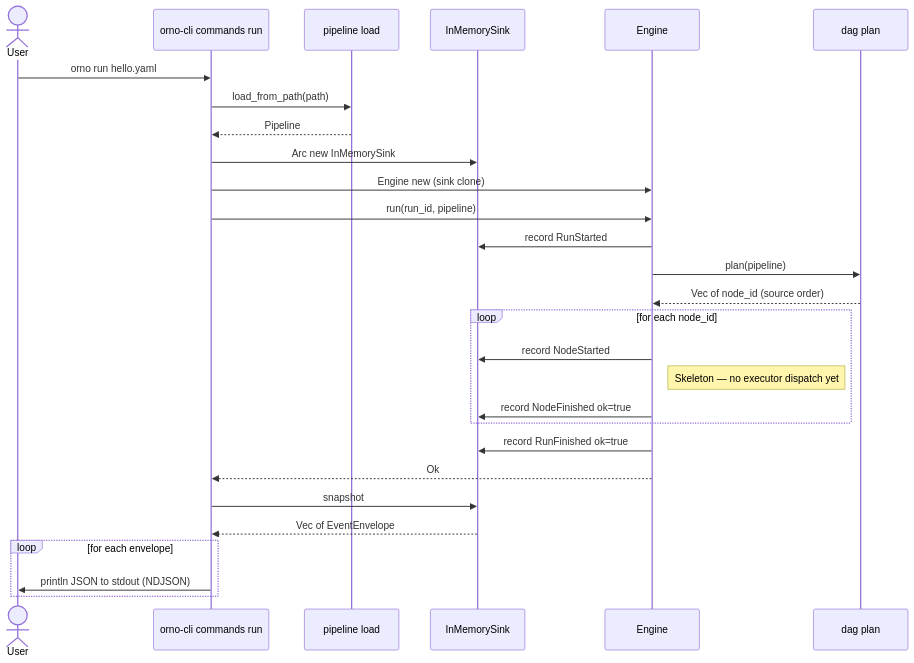
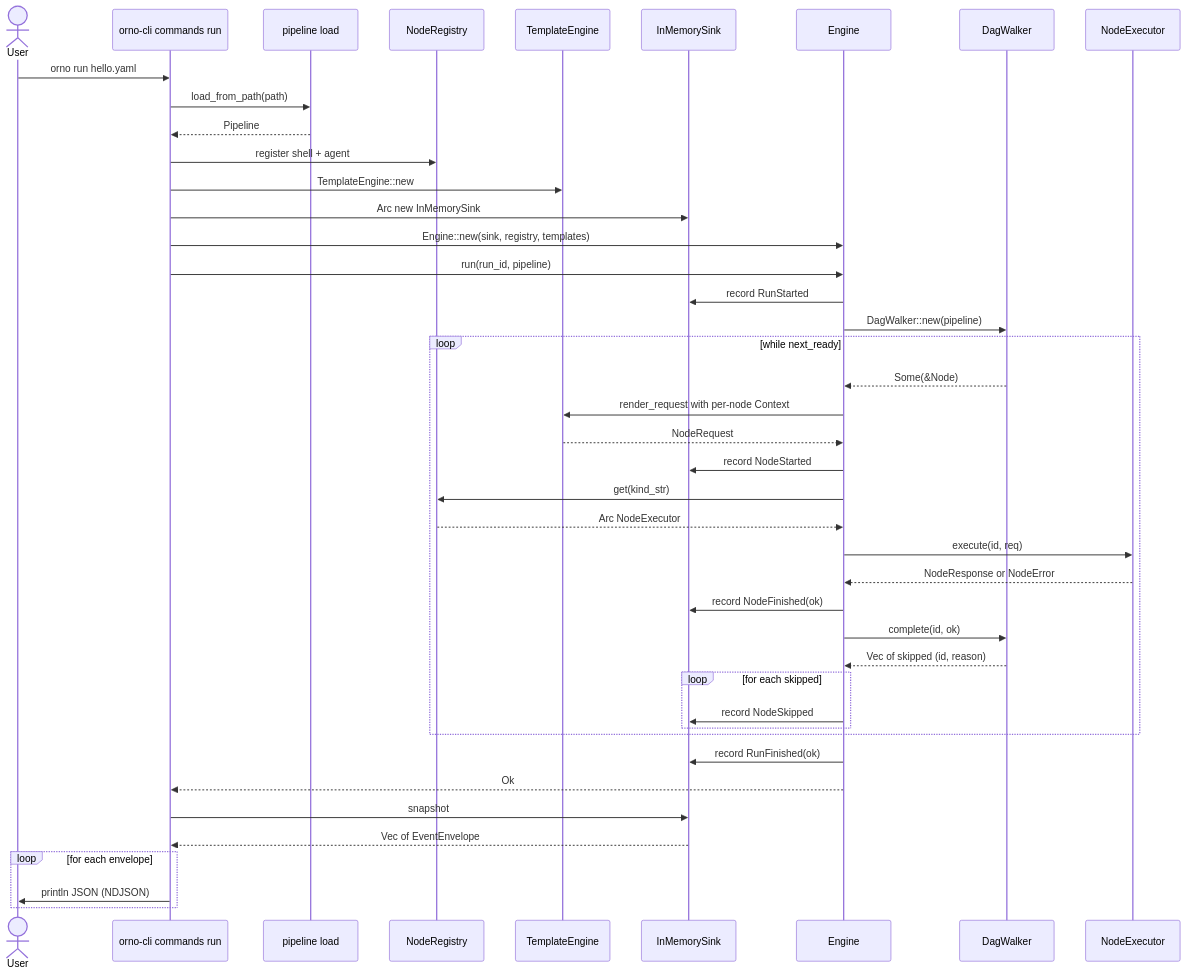
The fifth of 11 diagrams in docs/flows.md (DoctorMozg/orno), drawn with Mermaid before and after one commit. The commit also changed other lines of this file and 34 other files, not shown here.

Commit message:
Basic tempaltes and graph

````diff
--- a/docs/flows.md
+++ b/docs/flows.md
@@ -173,31 +184,46 @@
 ```mermaid
 sequenceDiagram
     actor User
     participant CLI as orno-cli commands run
     participant Load as pipeline load
+    participant Reg as NodeRegistry
+    participant Tpl as TemplateEngine
     participant Sink as InMemorySink
     participant Eng as Engine
-    participant Plan as dag plan
+    participant Walker as DagWalker
+    participant Exec as NodeExecutor
 
     User->>CLI: orno run hello.yaml
     CLI->>Load: load_from_path(path)
     Load-->>CLI: Pipeline
+    CLI->>Reg: register shell + agent
+    CLI->>Tpl: TemplateEngine::new
     CLI->>Sink: Arc new InMemorySink
-    CLI->>Eng: Engine new (sink clone)
+    CLI->>Eng: Engine::new(sink, registry, templates)
     CLI->>Eng: run(run_id, pipeline)
     Eng->>Sink: record RunStarted
-    Eng->>Plan: plan(pipeline)
-    Plan-->>Eng: Vec of node_id (source order)
-    loop for each node_id
+    Eng->>Walker: DagWalker::new(pipeline)
+    loop while next_ready
+        Walker-->>Eng: Some(&Node)
+        Eng->>Tpl: render_request with per-node Context
+        Tpl-->>Eng: NodeRequest
         Eng->>Sink: record NodeStarted
-        Note right of Eng: Skeleton — no executor dispatch yet
-        Eng->>Sink: record NodeFinished ok=true
+        Eng->>Reg: get(kind_str)
+        Reg-->>Eng: Arc NodeExecutor
+        Eng->>Exec: execute(id, req)
+        Exec-->>Eng: NodeResponse or NodeError
+        Eng->>Sink: record NodeFinished(ok)
+        Eng->>Walker: complete(id, ok)
+        Walker-->>Eng: Vec of skipped (id, reason)
+        loop for each skipped
+            Eng->>Sink: record NodeSkipped
+        end
     end
-    Eng->>Sink: record RunFinished ok=true
+    Eng->>Sink: record RunFinished(ok)
     Eng-->>CLI: Ok
     CLI->>Sink: snapshot
     Sink-->>CLI: Vec of EventEnvelope
     loop for each envelope
-        CLI->>User: println JSON to stdout (NDJSON)
+        CLI->>User: println JSON (NDJSON)
     end
 ```
````
